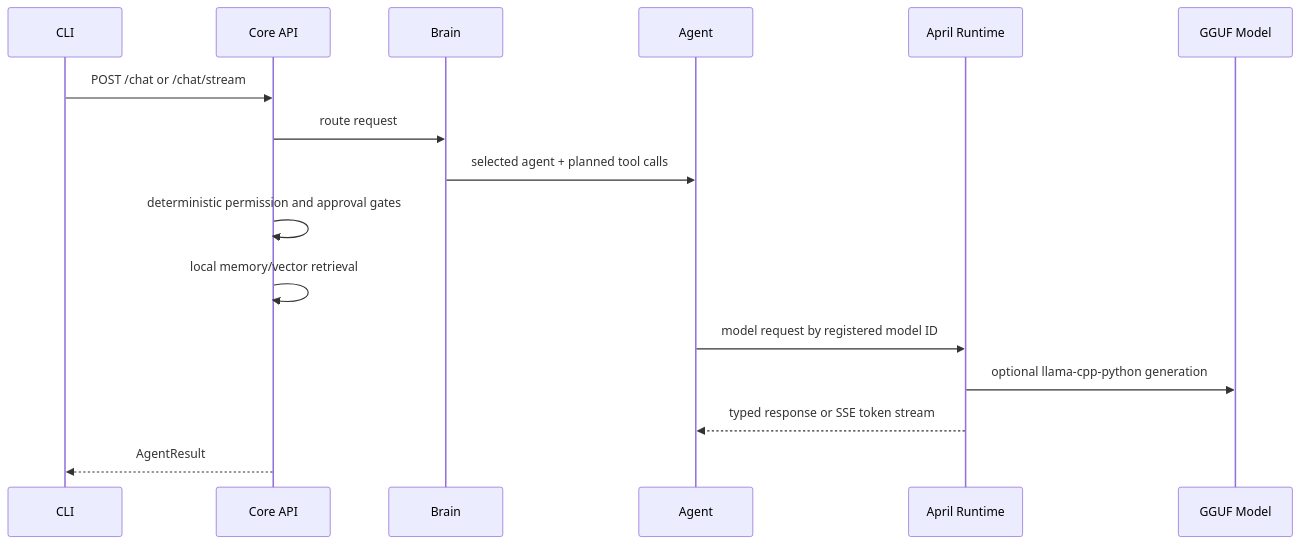
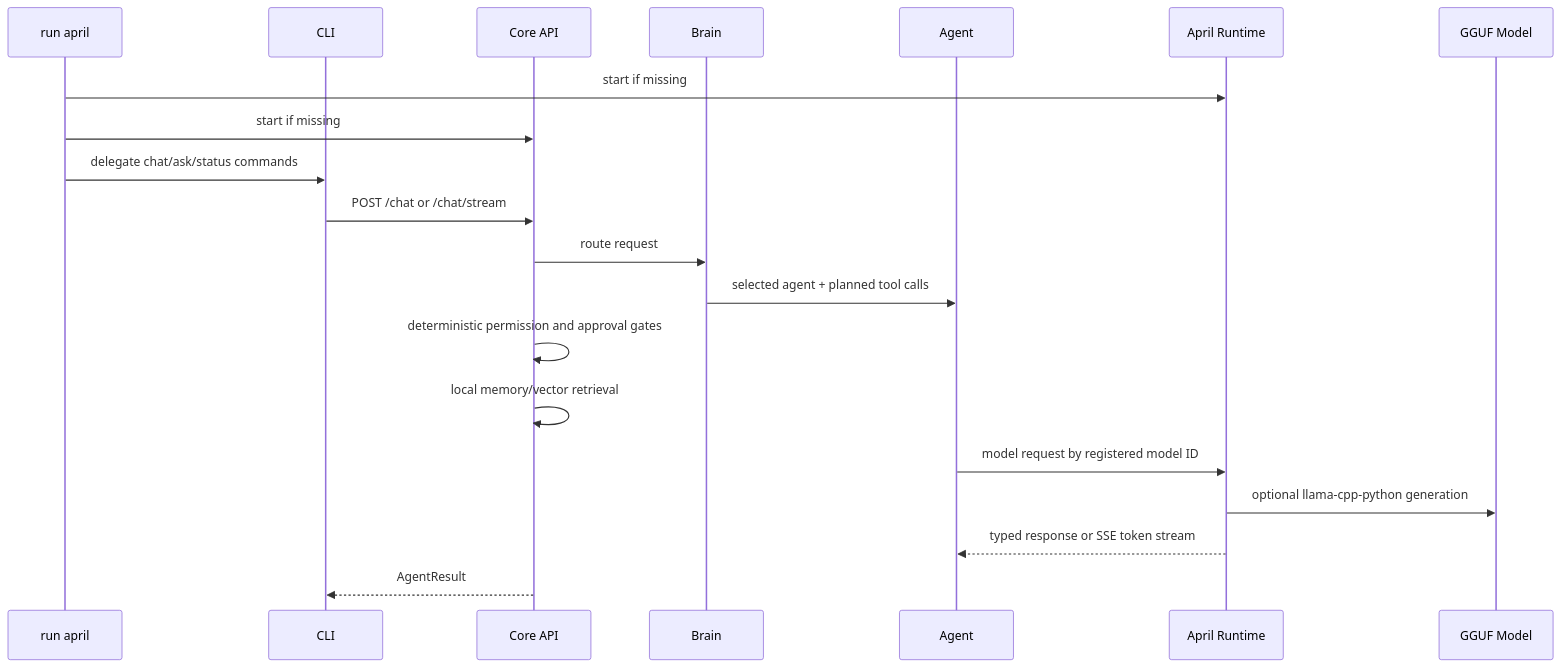
The diagram in docs/architecture.md (Demonhari/april), drawn with Mermaid before and after one commit. The commit also changed other lines of this file and 16 other files, not shown here.

Commit message:
feat: add global APRIL launcher and safe chat patch workflow

````diff
--- a/docs/architecture.md
+++ b/docs/architecture.md
@@ -5,19 +5,23 @@
 ```mermaid
 sequenceDiagram
+  participant Run as run april
   participant CLI
   participant API as Core API
   participant Brain
   participant Agent
   participant Runtime as April Runtime
   participant Model as GGUF Model
 
+  Run->>Runtime: start if missing
+  Run->>API: start if missing
+  Run->>CLI: delegate chat/ask/status commands
   CLI->>API: POST /chat or /chat/stream
   API->>Brain: route request
   Brain->>Agent: selected agent + planned tool calls
   API->>API: deterministic permission and approval gates
   API->>API: local memory/vector retrieval
   Agent->>Runtime: model request by registered model ID
   Runtime->>Model: optional llama-cpp-python generation
   Runtime-->>Agent: typed response or SSE token stream
   API-->>CLI: AgentResult
 ```
````
